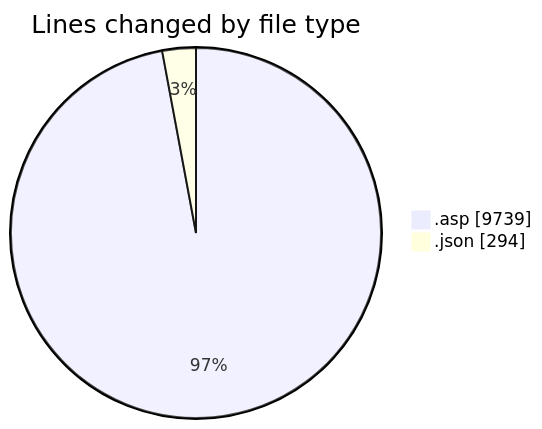
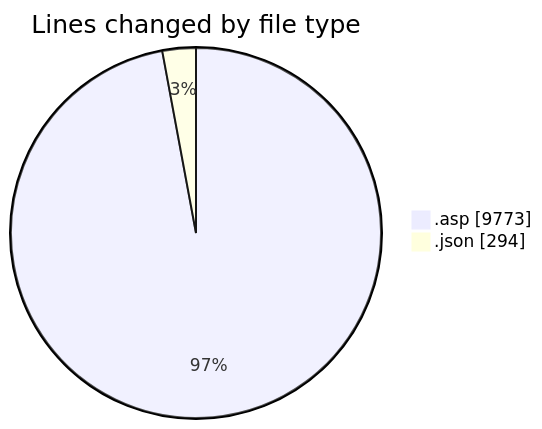
The first of 2 diagrams in 2025-10-27/usr_aleoudev_fr__workspace_/README.md (julien-gomy/code-tracking), drawn with Mermaid before and after one commit. The commit also changed other lines of this file and 1 other file, not shown here.

````diff
--- a/2025-10-27/usr_aleoudev_fr__workspace_/README.md
+++ b/2025-10-27/usr_aleoudev_fr__workspace_/README.md
@@ -28,6 +28,6 @@
 ```mermaid
 pie showData
 title Lines changed by file type
-".asp" : 9739
+".asp" : 9773
 ".json" : 294
 ```
````
